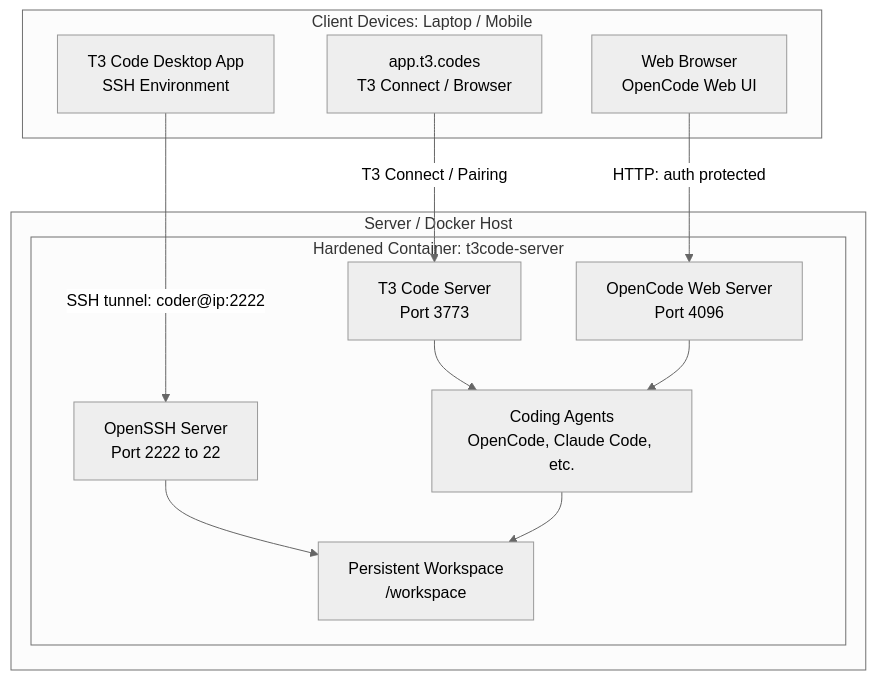
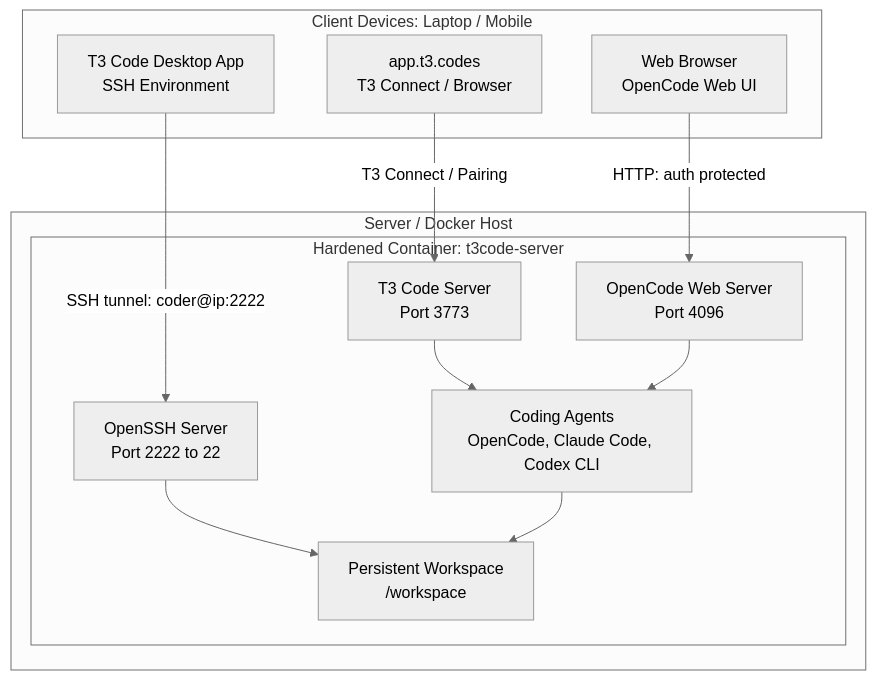
Before and after one commit to idevakk/t3code-docker: the diagram in README.md, drawn with Mermaid (neutral theme). The commit also changed other lines of this file and 5 other files, not shown here.

First line of the commit message:
feat(codex): add persistent Codex CLI support

````diff
--- a/README.md
+++ b/README.md
@@ -9,26 +9,26 @@
 ```mermaid
 flowchart TD
     subgraph Client ["Client Devices: Laptop / Mobile"]
         Desk["T3 Code Desktop App<br/>SSH Environment"]
         WebT3["app.t3.codes<br/>T3 Connect / Browser"]
         WebOC["Web Browser<br/>OpenCode Web UI"]
     end
 
     subgraph Host ["Server / Docker Host"]
         subgraph Container ["Hardened Container: t3code-server"]
             SSHD["OpenSSH Server<br/>Port 2222 to 22"]
             T3["T3 Code Server<br/>Port 3773"]
             OC["OpenCode Web Server<br/>Port 4096"]
-            Agents["Coding Agents<br/>OpenCode, Claude Code, etc."]
+            Agents["Coding Agents<br/>OpenCode, Claude Code, Codex CLI"]
             WS["Persistent Workspace<br/>/workspace"]
         end
     end
 
     Desk -->|"SSH tunnel: coder@ip:2222"| SSHD
     WebT3 -->|"T3 Connect / Pairing"| T3
     WebOC -->|"HTTP: auth protected"| OC
     SSHD --> WS
     T3 --> Agents
     OC --> Agents
     Agents --> WS
 ```
````
